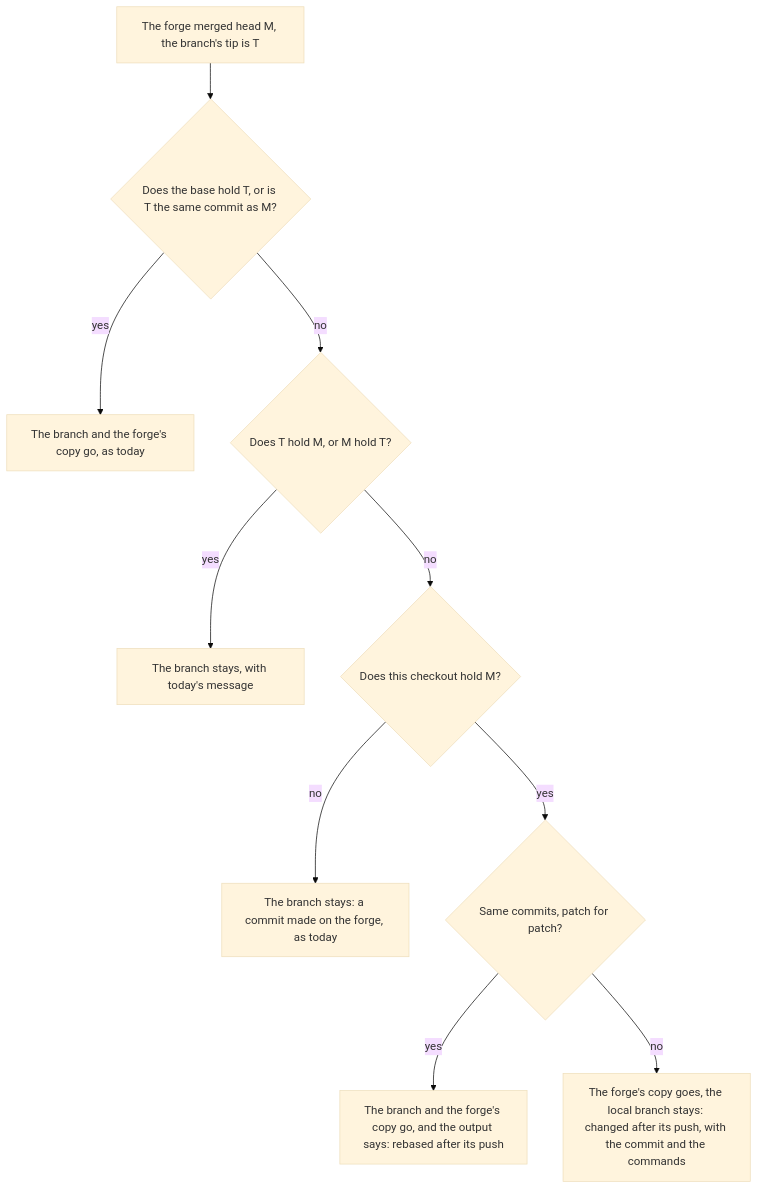
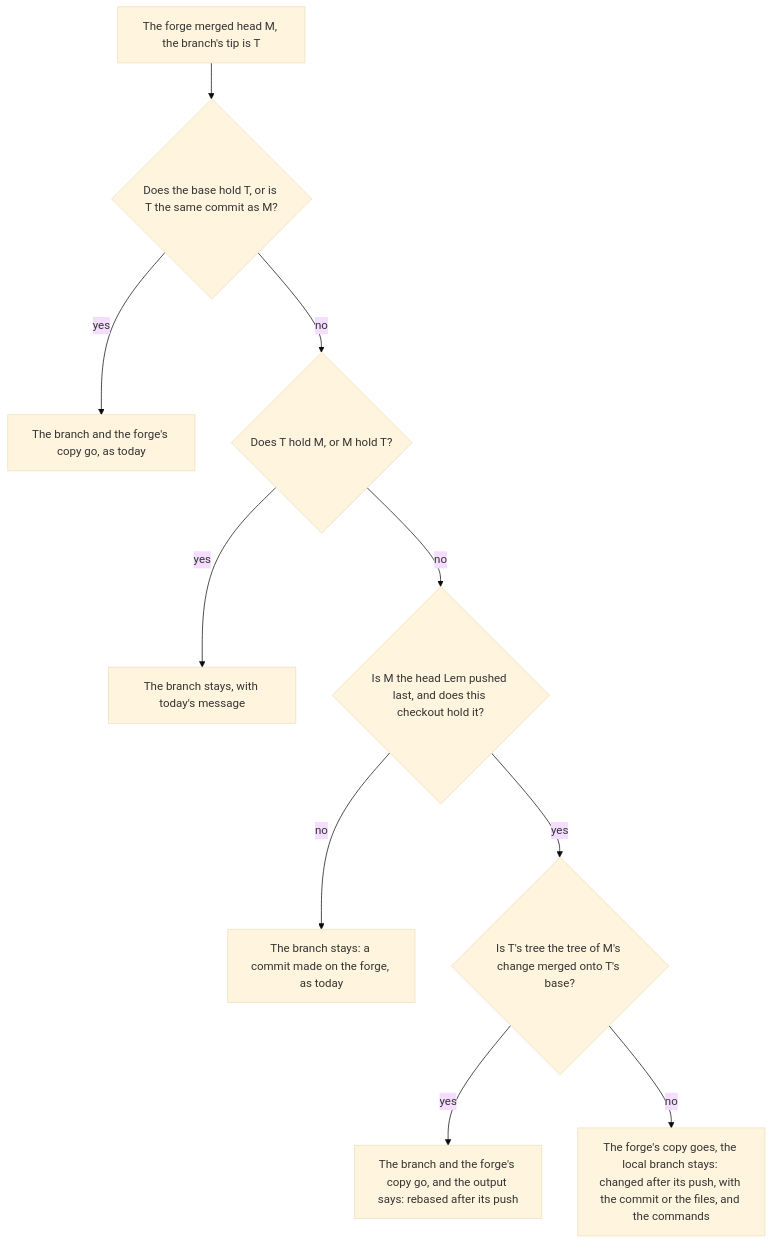
One commit to pySilver/lem changed the diagram in docs/plans/2026-11-23-clean-refuses-a-branch-rebased-after-its-push-and-blames-the-forge.md. Above: the diagram before and after it, drawn with Mermaid (base theme). The commit also changed other lines of this file, not shown here.

First line of the commit message:
docs(plans): clean compares content by one merge, only for Lem's own pushed head, and names the commit or the files

````diff
--- a/docs/plans/2026-11-23-clean-refuses-a-branch-rebased-after-its-push-and-blames-the-forge.md
+++ b/docs/plans/2026-11-23-clean-refuses-a-branch-rebased-after-its-push-and-blames-the-forge.md
@@ -26,12 +26,12 @@
 ```mermaid
 flowchart TD
   A["The forge merged head M, the branch's tip is T"] --> B{"Does the base hold T, or is T the same commit as M?"}
   B -->|"yes"| R["The branch and the forge's copy go, as today"]
   B -->|"no"| C{"Does T hold M, or M hold T?"}
   C -->|"yes"| K["The branch stays, with today's message"]
-  C -->|"no"| D{"Does this checkout hold M?"}
+  C -->|"no"| D{"Is M the head Lem pushed last, and does this checkout hold it?"}
   D -->|"no"| U["The branch stays: a commit made on the forge, as today"]
-  D -->|"yes"| E{"Same commits, patch for patch?"}
+  D -->|"yes"| E{"Is T's tree the tree of M's change merged onto T's base?"}
   E -->|"yes"| S["The branch and the forge's copy go, and the output says: rebased after its push"]
-  E -->|"no"| X["The forge's copy goes, the local branch stays: changed after its push, with the commit and the commands"]
+  E -->|"no"| X["The forge's copy goes, the local branch stays: changed after its push, with the commit or the files, and the commands"]
 ```
````
